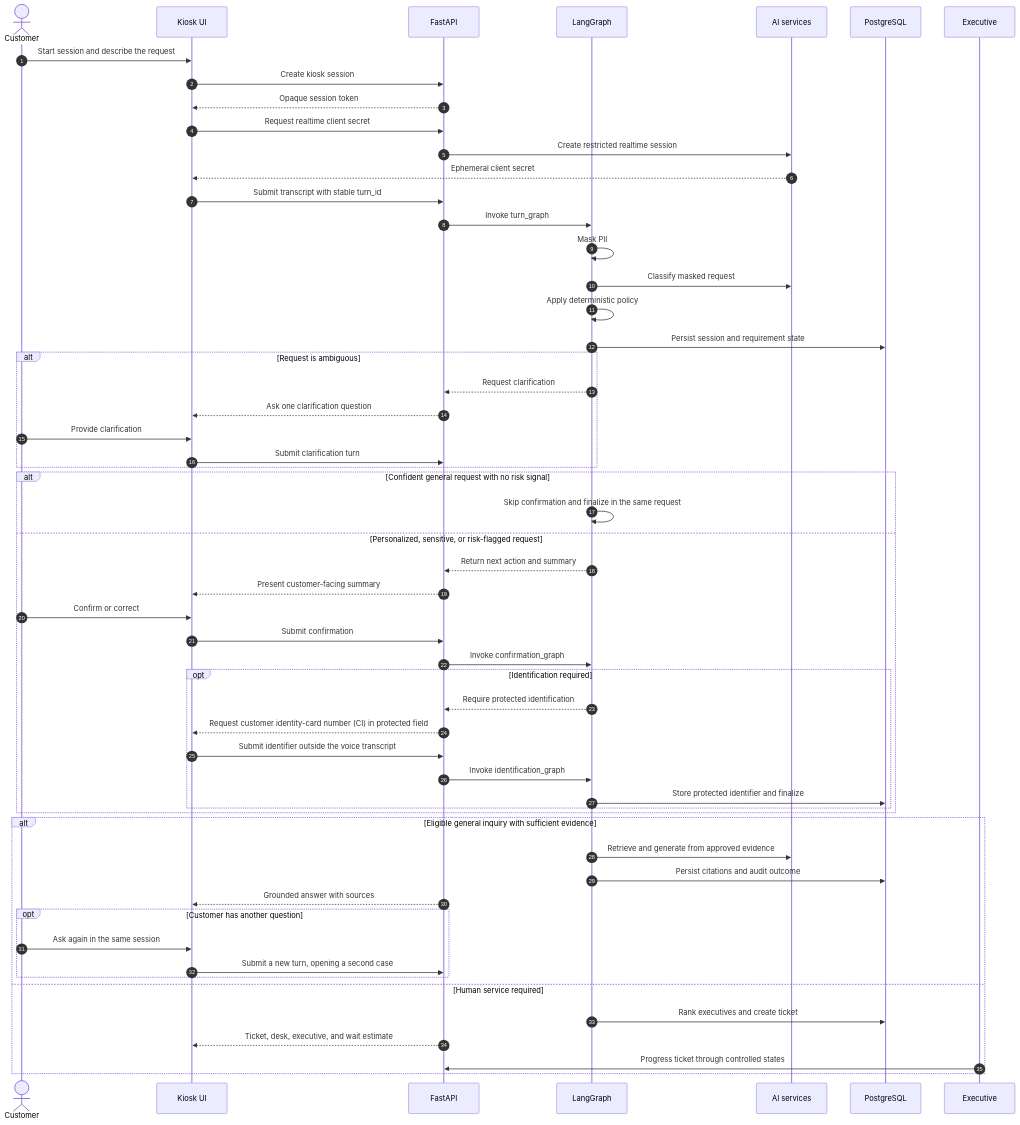
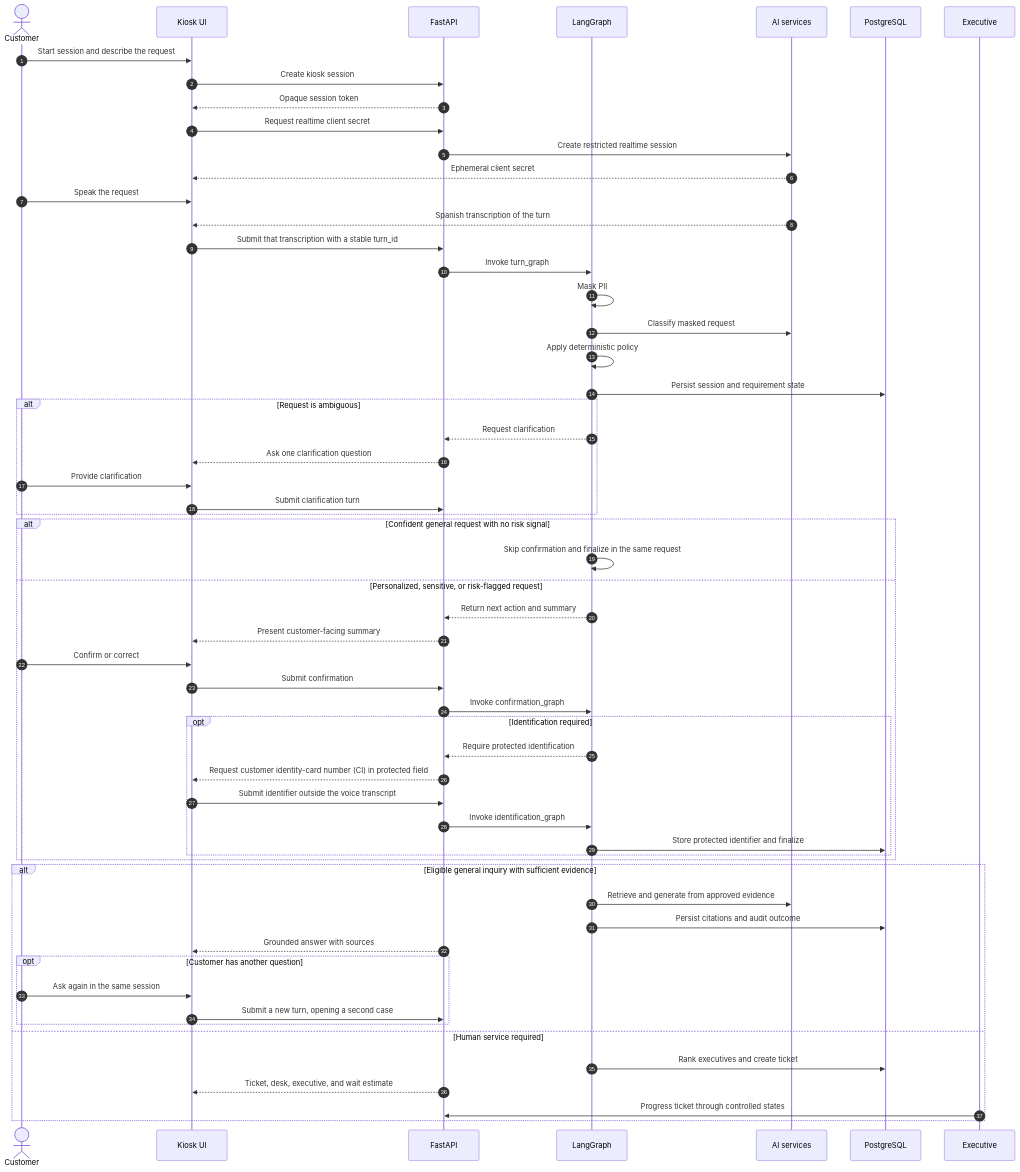
One commit to ChristianMendozaa/banking-orchestration-system changed the third of 10 diagrams in README.md. Above: the diagram before and after it, drawn with Mermaid. The commit also changed other lines of this file and 7 other files, not shown here.

````diff
--- a/README.md
+++ b/README.md
@@ -125,63 +127,65 @@
 ```mermaid
 sequenceDiagram
     autonumber
     actor Customer
     participant UI as Kiosk UI
     participant API as FastAPI
     participant Graph as LangGraph
     participant AI as AI services
     participant DB as PostgreSQL
     participant Exec as Executive
 
     Customer->>UI: Start session and describe the request
     UI->>API: Create kiosk session
     API-->>UI: Opaque session token
     UI->>API: Request realtime client secret
     API->>AI: Create restricted realtime session
     AI-->>UI: Ephemeral client secret
 
-    UI->>API: Submit transcript with stable turn_id
+    Customer->>UI: Speak the request
+    AI-->>UI: Spanish transcription of the turn
+    UI->>API: Submit that transcription with a stable turn_id
     API->>Graph: Invoke turn_graph
     Graph->>Graph: Mask PII
     Graph->>AI: Classify masked request
     Graph->>Graph: Apply deterministic policy
     Graph->>DB: Persist session and requirement state
 
     alt Request is ambiguous
         Graph-->>API: Request clarification
         API-->>UI: Ask one clarification question
         Customer->>UI: Provide clarification
         UI->>API: Submit clarification turn
     end
 
     alt Confident general request with no risk signal
         Graph->>Graph: Skip confirmation and finalize in the same request
     else Personalized, sensitive, or risk-flagged request
         Graph-->>API: Return next action and summary
         API-->>UI: Present customer-facing summary
         Customer->>UI: Confirm or correct
         UI->>API: Submit confirmation
         API->>Graph: Invoke confirmation_graph
         opt Identification required
             Graph-->>API: Require protected identification
             API-->>UI: Request customer identity-card number (CI) in protected field
             UI->>API: Submit identifier outside the voice transcript
             API->>Graph: Invoke identification_graph
             Graph->>DB: Store protected identifier and finalize
         end
     end
 
     alt Eligible general inquiry with sufficient evidence
         Graph->>AI: Retrieve and generate from approved evidence
         Graph->>DB: Persist citations and audit outcome
         API-->>UI: Grounded answer with sources
         opt Customer has another question
             Customer->>UI: Ask again in the same session
             UI->>API: Submit a new turn, opening a second case
         end
     else Human service required
         Graph->>DB: Rank executives and create ticket
         API-->>UI: Ticket, desk, executive, and wait estimate
         Exec->>API: Progress ticket through controlled states
     end
 ```
````
